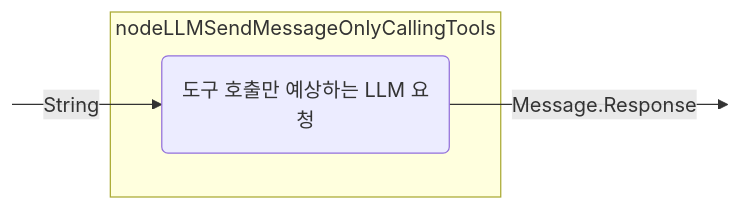
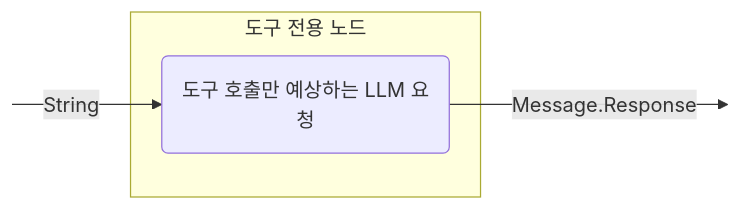
One commit to BinaryTape/Open-Docs changed the fourth of 15 diagrams in docs/ko/koog/nodes-and-components.md. Above: the diagram before and after it, drawn with Mermaid. The commit also changed other lines of this file and 164 other files, not shown here.

````diff
--- a/docs/ko/koog/nodes-and-components.md
+++ b/docs/ko/koog/nodes-and-components.md
@@ -253,13 +253,13 @@
 ```mermaid
 graph LR
     in:::hidden
     out:::hidden
     
-    subgraph node ["nodeLLMSendMessageOnlyCallingTools"]
+    subgraph node ["도구 전용 노드"]
         execute(도구 호출만 예상하는 LLM 요청)
     end
     
     in --String--> execute --Message.Response--> out
 
     classDef hidden display: none;
 ```
````
